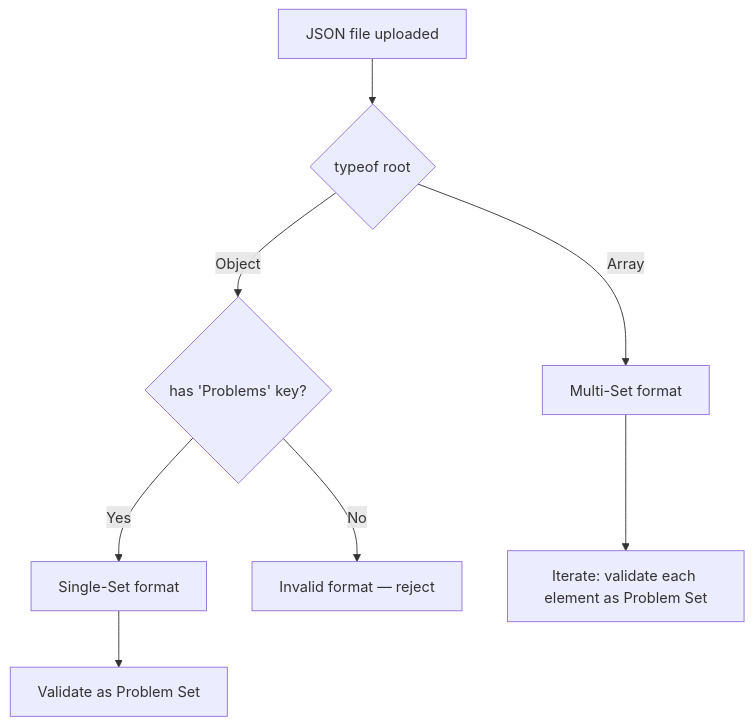
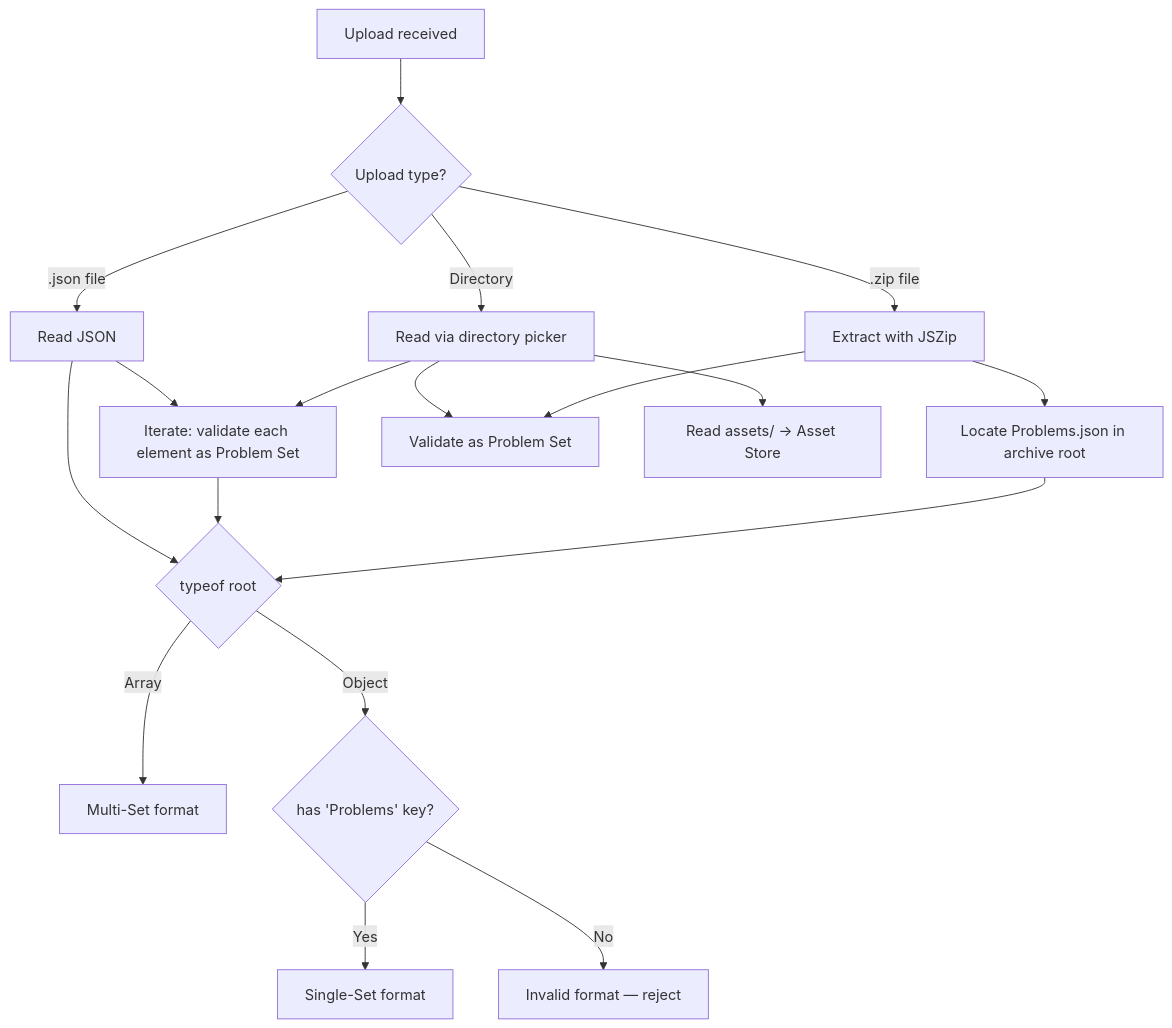
The third of 3 diagrams in 3_Architecture/3_Data_Model_ER_Diagram.md (jaynote001/MCQTool), drawn with Mermaid before and after one commit. The commit also changed other lines of this file and 3 other files, not shown here.

Commit message:
Update Architecture Diagrams

````diff
--- a/3_Architecture/3_Data_Model_ER_Diagram.md
+++ b/3_Architecture/3_Data_Model_ER_Diagram.md
@@ -259,10 +311,20 @@
 ```mermaid
 flowchart TD
-    A[JSON file uploaded] --> B{typeof root}
-    B -->|Array| C[Multi-Set format]
-    B -->|Object| D{has 'Problems' key?}
-    D -->|Yes| E[Single-Set format]
-    D -->|No| F[Invalid format — reject]
+    A[Upload received] --> B{Upload type?}
+    B -->|.json file| C[Read JSON]
+    B -->|.zip file| D[Extract with JSZip]
+    B -->|Directory| E[Read via directory picker]
+    D --> F[Locate Problems.json in archive root]
+    E --> G[Locate Problems.json in directory]
+    D --> H[Extract assets/ → Asset Store]
+    E --> I[Read assets/ → Asset Store]
+    F --> J{typeof root}
+    G --> J
+    C --> J
+    J -->|Array| K[Multi-Set format]
+    J -->|Object| L{has 'Problems' key?}
+    L -->|Yes| M[Single-Set format]
+    L -->|No| N[Invalid format — reject]
     C --> G[Iterate: validate each element as Problem Set]
     E --> H[Validate as Problem Set]
 ```
````
